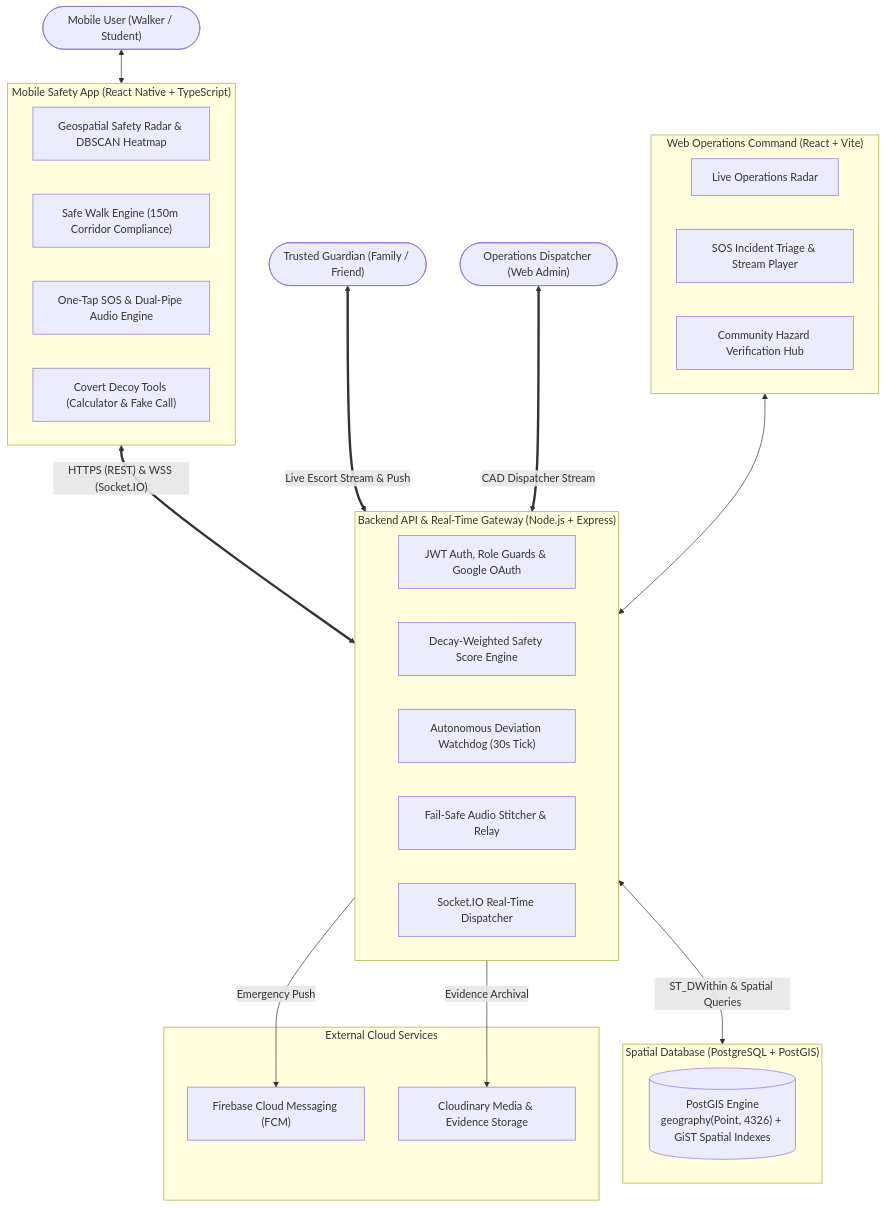
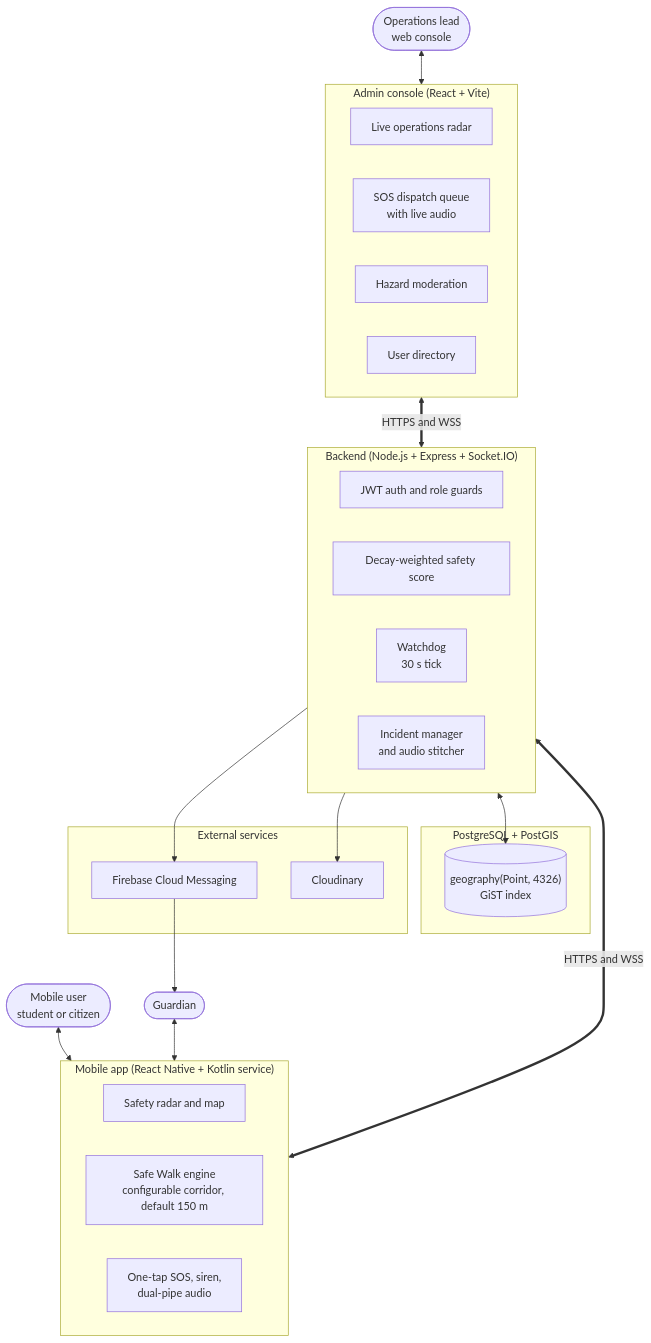
The diagram in README.md (safora-safety/Safora), drawn with Mermaid before and after one commit. The commit also changed other lines of this file and 53 other files, not shown here.

````diff
--- a/README.md
+++ b/README.md
@@ -25,45 +33,45 @@
 ```mermaid
 flowchart TD
-    User(["Mobile User (Walker / Student)"])
-    Guardian(["Trusted Guardian (Family / Friend)"])
-    Admin(["Operations Dispatcher (Web Admin)"])
+    User(["Mobile user<br/>student or citizen"])
+    Guardian(["Guardian"])
+    Admin(["Operations lead<br/>web console"])
 
-    subgraph MobileApp ["Mobile Safety App (React Native + TypeScript)"]
-        Radar["Geospatial Safety Radar & DBSCAN Heatmap"]
-        SafeWalk["Safe Walk Engine (150m Corridor Compliance)"]
-        SOS["One-Tap SOS & Dual-Pipe Audio Engine"]
-        Decoy["Covert Decoy Tools (Calculator & Fake Call)"]
+    subgraph MobileApp["Mobile app (React Native + Kotlin service)"]
+        Radar["Safety radar and map"]
+        SafeWalk["Safe Walk engine<br/>configurable corridor, default 150 m"]
+        SOS["One-tap SOS, siren,<br/>dual-pipe audio"]
     end
 
-    subgraph BackendGateway ["Backend API & Real-Time Gateway (Node.js + Express)"]
-        Auth["JWT Auth, Role Guards & Google OAuth"]
-        ScoreEngine["Decay-Weighted Safety Score Engine"]
-        Watchdog["Autonomous Deviation Watchdog (30s Tick)"]
-        AudioStitcher["Fail-Safe Audio Stitcher & Relay"]
-        SocketGateway["Socket.IO Real-Time Dispatcher"]
+    subgraph WebAdmin["Admin console (React + Vite)"]
+        Live["Live operations radar"]
+        Queue["SOS dispatch queue<br/>with live audio"]
+        Mod["Hazard moderation"]
+        Users["User directory"]
     end
 
-    subgraph SpatialDB ["Spatial Database (PostgreSQL + PostGIS)"]
-        PostGIS[("PostGIS Engine<br/>geography(Point, 4326) + GiST Spatial Indexes")]
+    subgraph Backend["Backend (Node.js + Express + Socket.IO)"]
+        Auth["JWT auth and role guards"]
+        Score["Decay-weighted safety score"]
+        WD["Watchdog<br/>30 s tick"]
+        Incident["Incident manager<br/>and audio stitcher"]
     end
 
-    subgraph ExternalServices ["External Cloud Services"]
-        FCM["Firebase Cloud Messaging (FCM)"]
-        Cloudinary["Cloudinary Media & Evidence Storage"]
+    subgraph Data["PostgreSQL + PostGIS"]
+        DB[("geography(Point, 4326)<br/>GiST index")]
     end
 
-    subgraph WebAdmin ["Web Operations Command (React + Vite)"]
-        CommandRadar["Live Operations Radar"]
-        IncidentQueue["SOS Incident Triage & Stream Player"]
-        Moderation["Community Hazard Verification Hub"]
+    subgraph External["External services"]
+        FCM["Firebase Cloud Messaging"]
+        CLD["Cloudinary"]
     end
 
     User <--> MobileApp
-    MobileApp <==>|"HTTPS (REST) & WSS (Socket.IO)"| BackendGateway
-    Guardian <==>|"Live Escort Stream & Push"| BackendGateway
-    Admin <==>|"CAD Dispatcher Stream"| BackendGateway
-    BackendGateway <-->|"ST_DWithin & Spatial Queries"| SpatialDB
-    BackendGateway -->|"Emergency Push"| FCM
-    BackendGateway -->|"Evidence Archival"| Cloudinary
-    WebAdmin <--> BackendGateway
+    Guardian <--> MobileApp
+    Admin <--> WebAdmin
+    MobileApp <==>|"HTTPS and WSS"| Backend
+    WebAdmin <==>|"HTTPS and WSS"| Backend
+    Backend <--> DB
+    Backend --> FCM
+    Backend --> CLD
+    FCM --> Guardian
 ```
````
